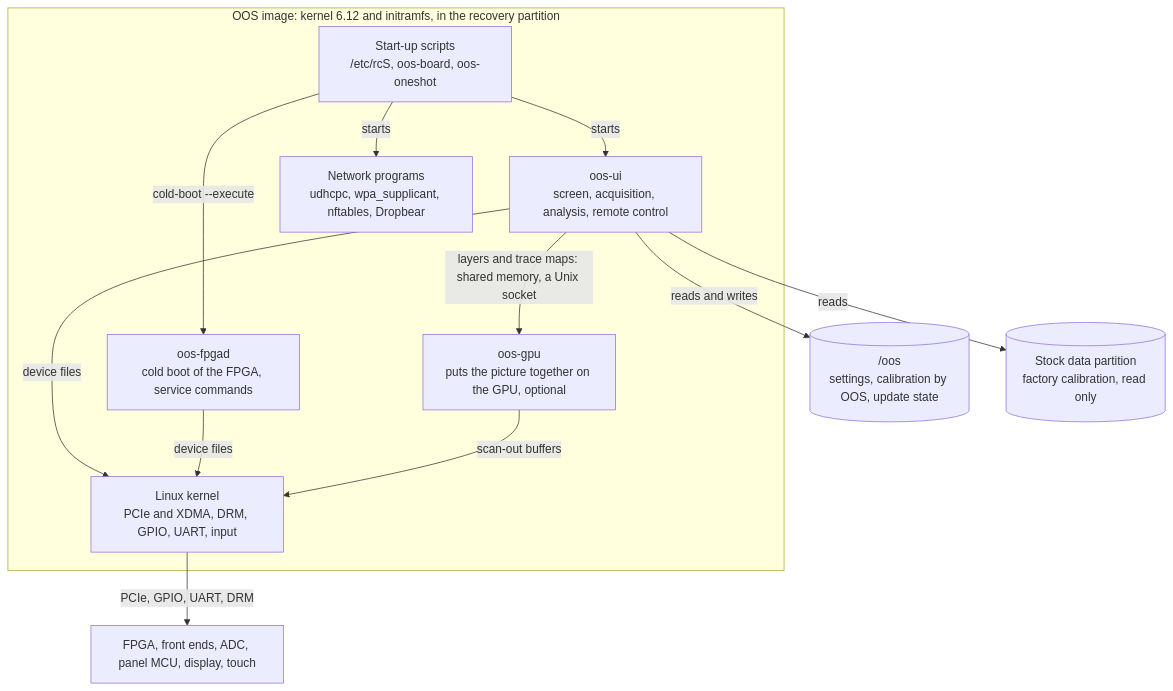
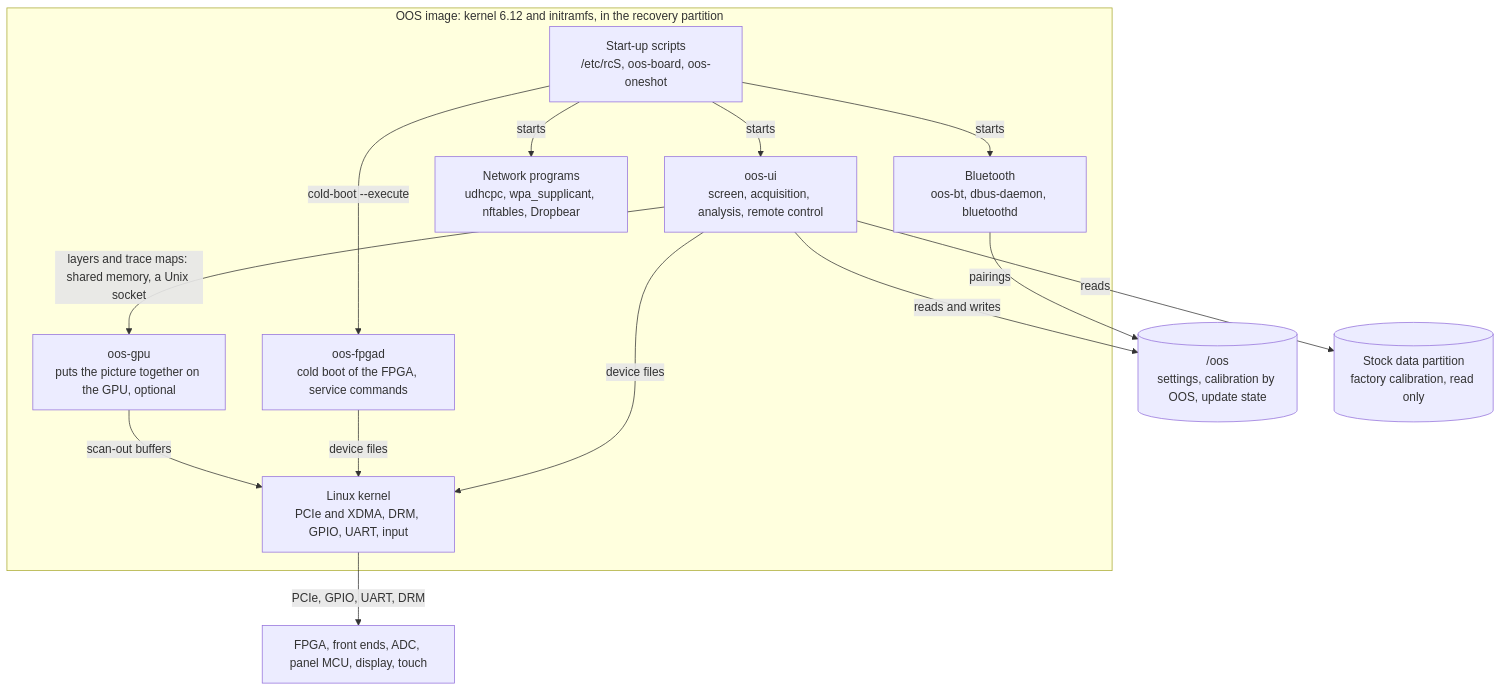
One commit to deckerjulian/oos changed the second of 4 diagrams in docs/architecture.md. Above: the diagram before and after it, drawn with Mermaid. The commit also changed 24 other files, not shown here.

````diff
--- a/docs/architecture.md
+++ b/docs/architecture.md
@@ -33,24 +33,27 @@
 ```mermaid
 flowchart TB
     subgraph img["OOS image: kernel 6.12 and initramfs, in the recovery partition"]
         rcs["Start-up scripts<br/>/etc/rcS, oos-board, oos-oneshot"]
         ui["oos-ui<br/>screen, acquisition, analysis, remote control"]
         gpu["oos-gpu<br/>puts the picture together on the GPU, optional"]
         fpgad["oos-fpgad<br/>cold boot of the FPGA, service commands"]
         net["Network programs<br/>udhcpc, wpa_supplicant, nftables, Dropbear"]
+        bt["Bluetooth<br/>oos-bt, dbus-daemon, bluetoothd"]
         kernel["Linux kernel<br/>PCIe and XDMA, DRM, GPIO, UART, input"]
     end
     data[("/oos<br/>settings, calibration by OOS, update state")]
     rigol[("Stock data partition<br/>factory calibration, read only")]
     hw["FPGA, front ends, ADC, panel MCU, display, touch"]
     rcs -- "starts" --> ui
     rcs -- "cold-boot --execute" --> fpgad
     rcs -- "starts" --> net
+    rcs -- "starts" --> bt
+    bt -- "pairings" --> data
     ui -- "layers and trace maps: shared memory, a Unix socket" --> gpu
     ui -- "device files" --> kernel
     fpgad -- "device files" --> kernel
     gpu -- "scan-out buffers" --> kernel
     kernel -- "PCIe, GPIO, UART, DRM" --> hw
     ui -- "reads and writes" --> data
     ui -- "reads" --> rigol
 ```
````
